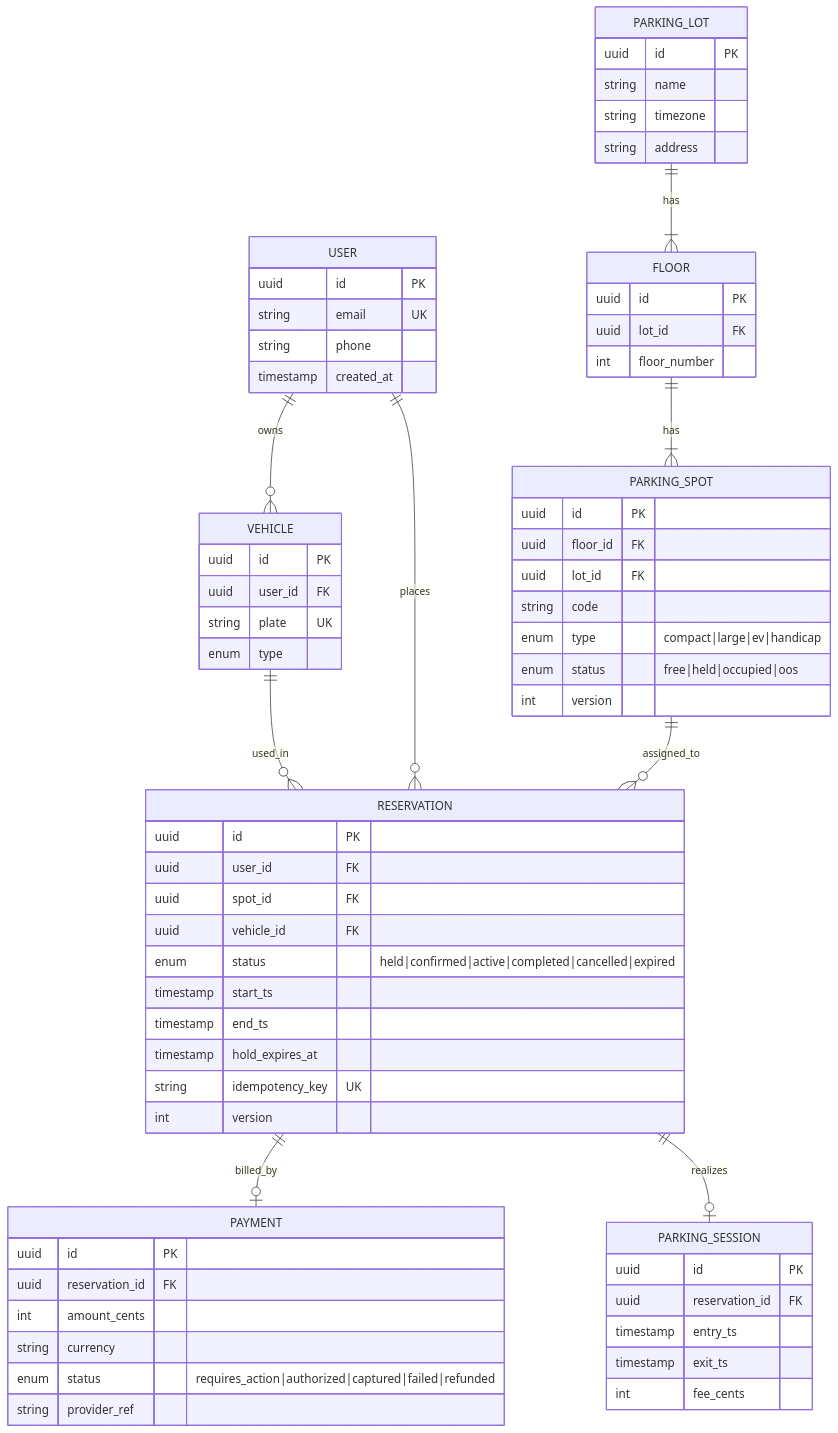
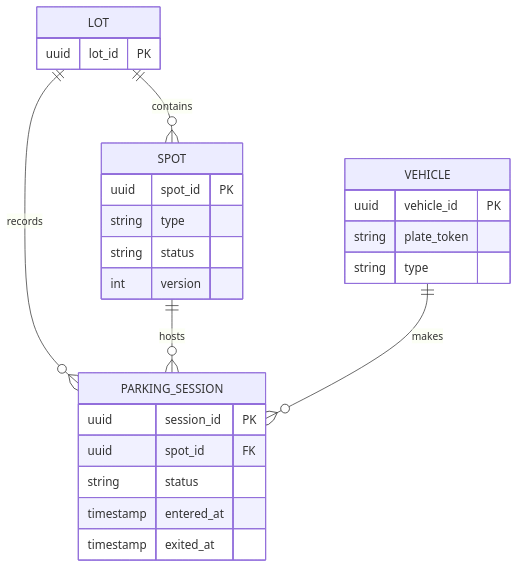
One commit to Chirumamilla1522/c3-ai changed the second of 32 diagrams in system_design.md. Above: the diagram before and after it, drawn with Mermaid. The commit also changed other lines of this file and 1 other file, not shown here.

````diff
--- a/system_design.md
+++ b/system_design.md
@@ -330,71 +237,20 @@
 ```mermaid
 erDiagram
-  USER ||--o{ VEHICLE : owns
-  USER ||--o{ RESERVATION : places
-  PARKING_LOT ||--|{ FLOOR : has
-  FLOOR ||--|{ PARKING_SPOT : has
-  PARKING_SPOT ||--o{ RESERVATION : assigned_to
-  VEHICLE ||--o{ RESERVATION : used_in
-  RESERVATION ||--o| PAYMENT : billed_by
-  RESERVATION ||--o| PARKING_SESSION : realizes
-
-  USER {
-    uuid id PK
-    string email UK
-    string phone
-    timestamp created_at
-  }
-  PARKING_LOT {
-    uuid id PK
-    string name
-    string timezone
-    string address
-  }
-  FLOOR {
-    uuid id PK
-    uuid lot_id FK
-    int floor_number
-  }
-  PARKING_SPOT {
-    uuid id PK
-    uuid floor_id FK
-    uuid lot_id FK
-    string code
-    enum type "compact|large|ev|handicap"
-    enum status "free|held|occupied|oos"
-    int version
-  }
-  VEHICLE {
-    uuid id PK
-    uuid user_id FK
-    string plate UK
-    enum type
-  }
-  RESERVATION {
-    uuid id PK
-    uuid user_id FK
-    uuid spot_id FK
-    uuid vehicle_id FK
-    enum status "held|confirmed|active|completed|cancelled|expired"
-    timestamp start_ts
-    timestamp end_ts
-    timestamp hold_expires_at
-    string idempotency_key UK
-    int version
-  }
-  PAYMENT {
-    uuid id PK
-    uuid reservation_id FK
-    int amount_cents
-    string currency
-    enum status "requires_action|authorized|captured|failed|refunded"
-    string provider_ref
-  }
-  PARKING_SESSION {
-    uuid id PK
-    uuid reservation_id FK
-    timestamp entry_ts
-    timestamp exit_ts
-    int fee_cents
-  }
+  LOT ||--o{ SPOT : contains
+  LOT ||--o{ PARKING_SESSION : records
+  SPOT ||--o{ PARKING_SESSION : hosts
+  VEHICLE ||--o{ PARKING_SESSION : makes
+  LOT { uuid lot_id PK }
+  SPOT { uuid spot_id PK
+         string type
+         string status
+         int version }
+  VEHICLE { uuid vehicle_id PK
+            string plate_token
+            string type }
+  PARKING_SESSION { uuid session_id PK
+                    uuid spot_id FK
+                    string status
+                    timestamp entered_at
+                    timestamp exited_at }
 ```
````
